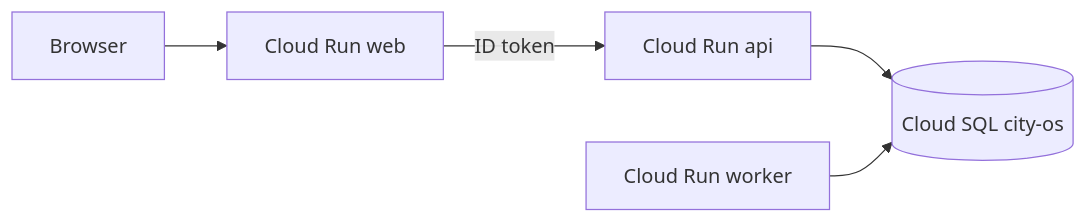
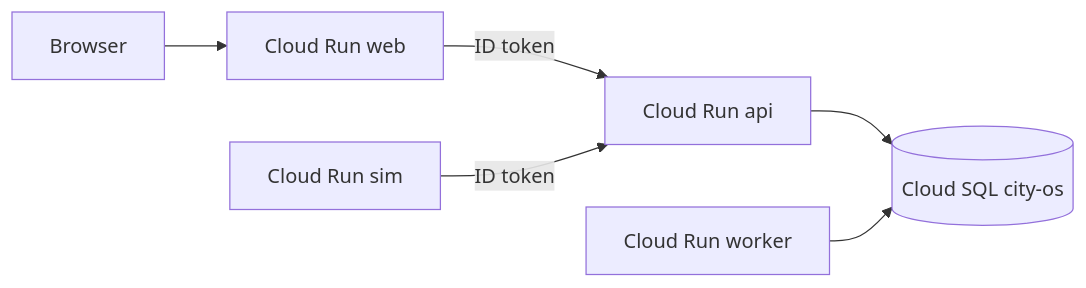
Before and after one commit to cheslav-zhur/smart-city-os: the diagram in docs/deploy-gcp.md, drawn with Mermaid. The commit also changed other lines of this file and 5 other files, not shown here.

First line of the commit message:
chore(dev): host the live sim on Cloud Run

````diff
--- a/docs/deploy-gcp.md
+++ b/docs/deploy-gcp.md
@@ -37,7 +37,8 @@
 ```mermaid
 flowchart LR
   browser[Browser] --> web[Cloud Run web]
   web -->|ID token| api[Cloud Run api]
+  sim[Cloud Run sim] -->|ID token| api
   api --> sql[(Cloud SQL city-os)]
   worker[Cloud Run worker] --> sql
 ```
````
